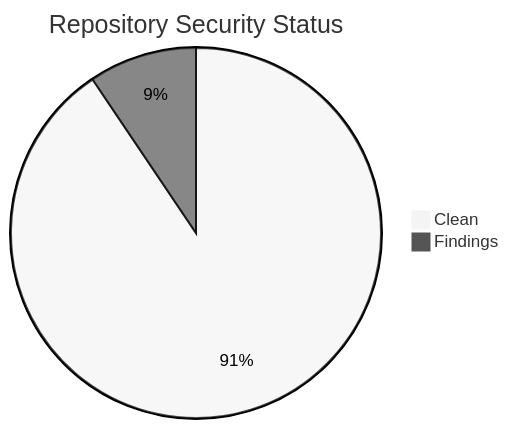
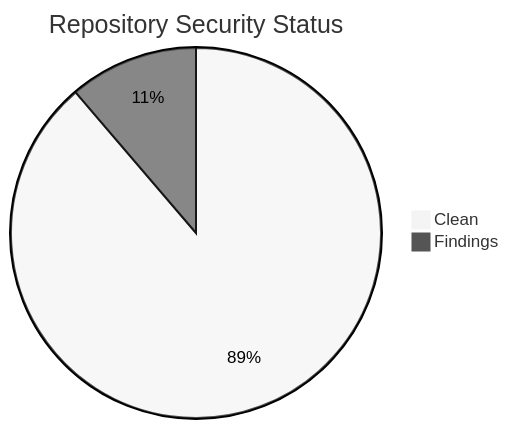
Before and after one commit to icepaule/icepaule.github.io: the second of 2 diagrams in projects/status.md, drawn with Mermaid (neutral theme). The commit also changed other lines of this file and 64 other files, not shown here.

````diff
--- a/projects/status.md
+++ b/projects/status.md
@@ -135,5 +134,5 @@
 ```mermaid
 pie title Repository Security Status
-    "Clean" : 48
-    "Findings" : 5
+    "Clean" : 63
+    "Findings" : 8
 ```
````
